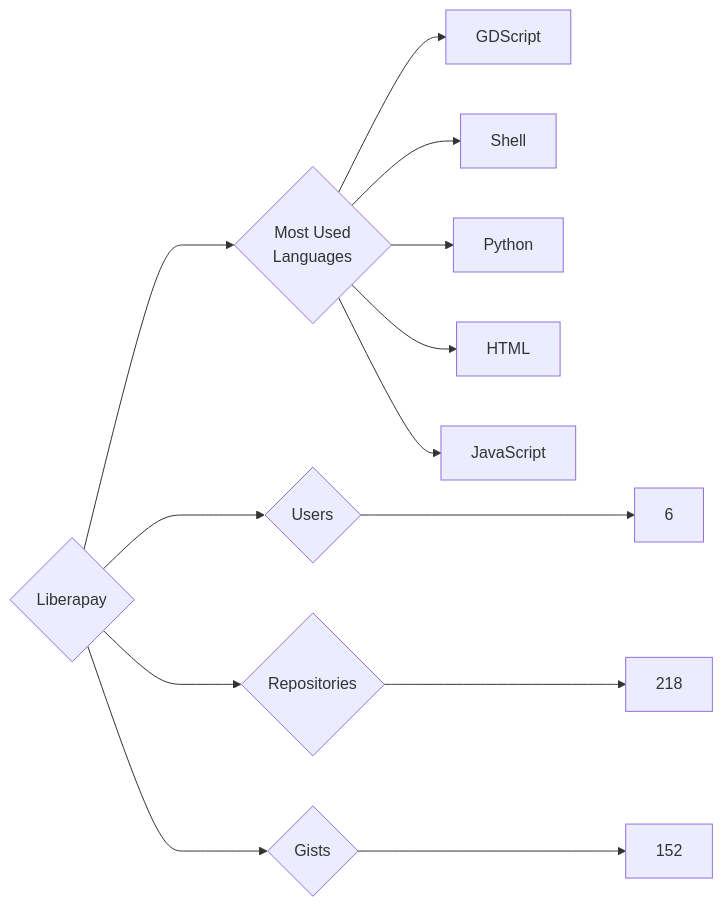
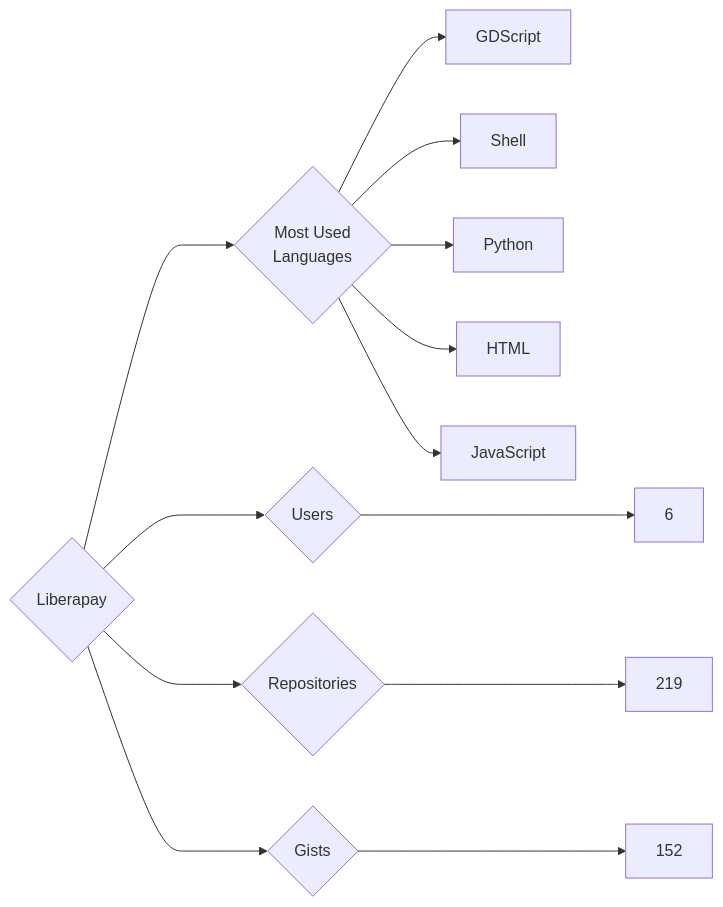
One commit to trickest/insiders changed the diagram in targets/Liberapay/README.md. Above: the diagram before and after it, drawn with Mermaid. The commit also changed 775 other files, not shown here.

````diff
--- a/targets/Liberapay/README.md
+++ b/targets/Liberapay/README.md
@@ -3,13 +3,13 @@
 ```mermaid
 graph LR
 COMPANY_NAME{Liberapay}
 COMPANY_NAME ---> U{Users} ---> UN[6]
-COMPANY_NAME ---> R{Repositories} ---> RN[218]
+COMPANY_NAME ---> R{Repositories} ---> RN[219]
 COMPANY_NAME ---> G{Gists} ---> GN[152]
 COMPANY_NAME ---> ML{Most Used<br>Languages}
 ML --> GDScript[GDScript]
 ML --> Shell[Shell]
 ML --> Python[Python]
 ML --> HTML[HTML]
 ML --> JavaScript[JavaScript]
 ```
````
